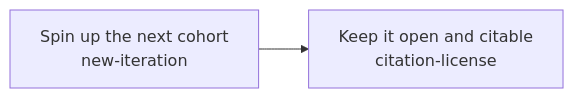
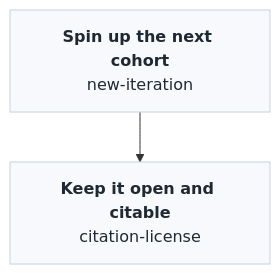
Before and after one commit to gitforsci/website: the diagram in part-reuse.qmd, drawn with Mermaid. The commit also changed 9 other files, not shown here.

First line of the commit message:
docs(book): unify all mermaid diagrams on the overview style

````diff
--- a/part-reuse.qmd
+++ b/part-reuse.qmd
@@ -8,4 +8,9 @@
 ```{mermaid}
-flowchart LR
-    A[Spin up the next cohort<br/>new-iteration] --> B[Keep it open and citable<br/>citation-license]
+flowchart TD
+    classDef layer fill:#f7f9fc,stroke:#c7d2e0,color:#1f2933;
+
+    A["<b>Spin up the next cohort</b><br/>new-iteration"]:::layer
+    B["<b>Keep it open and citable</b><br/>citation-license"]:::layer
+
+    A --> B
 ```
````
